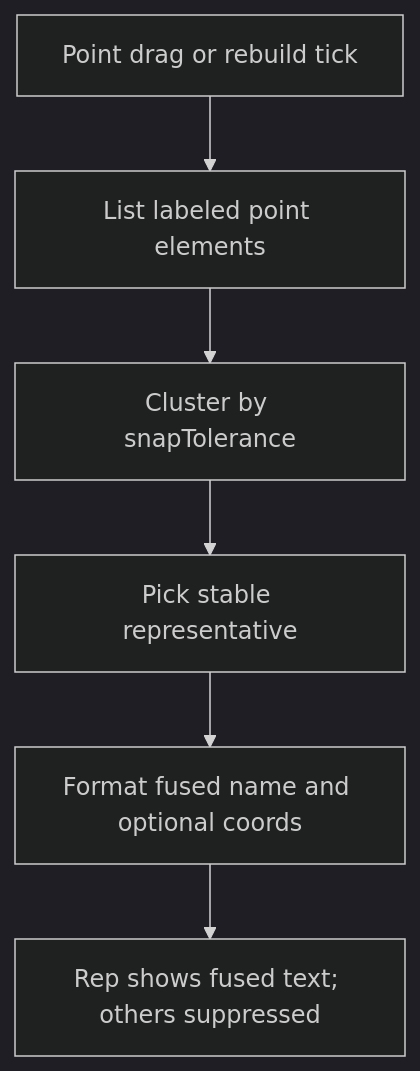
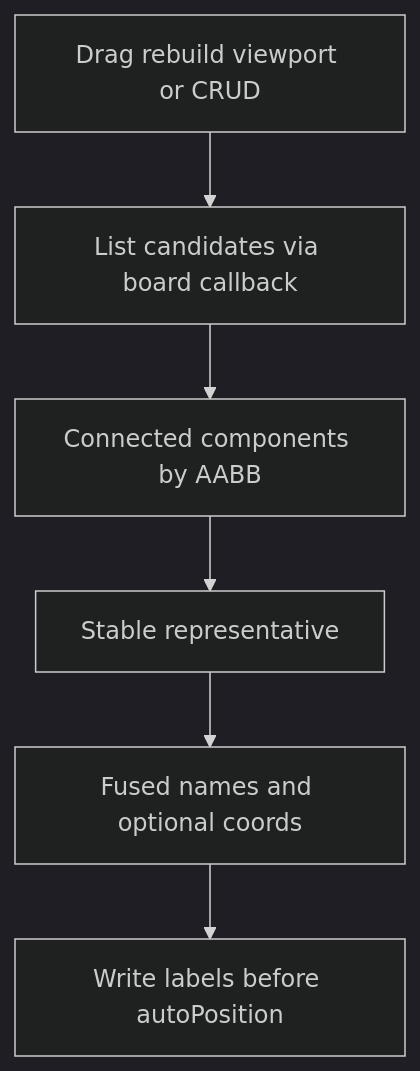
The diagram in docs/superpowers/specs/2026-08-02-fused-point-labels-design.md (xingyingyuzhui/Xiao-Huang-s-Classroom), drawn with Mermaid (dark theme) before and after one commit. The commit also changed other lines of this file, not shown here.

First line of the commit message:
docs(math): tighten fused point label spec after review

````diff
--- a/docs/superpowers/specs/2026-08-02-fused-point-labels-design.md
+++ b/docs/superpowers/specs/2026-08-02-fused-point-labels-design.md
@@ -47,10 +69,10 @@
 ```mermaid
 flowchart TD
-  dragOrRebuild[Point drag or rebuild tick]
-  listPts[List labeled point elements]
-  cluster[Cluster by snapTolerance]
-  pickRep[Pick stable representative]
-  fmt[Format fused name and optional coords]
-  apply[Rep shows fused text; others suppressed]
-  dragOrRebuild --> listPts --> cluster --> pickRep --> fmt --> apply
+  trigger[Drag rebuild viewport or CRUD]
+  listPts[List candidates via board callback]
+  cluster[Connected components by AABB]
+  pickRep[Stable representative]
+  fmt[Fused names and optional coords]
+  apply[Write labels before autoPosition]
+  trigger --> listPts --> cluster --> pickRep --> fmt --> apply
 ```
````
